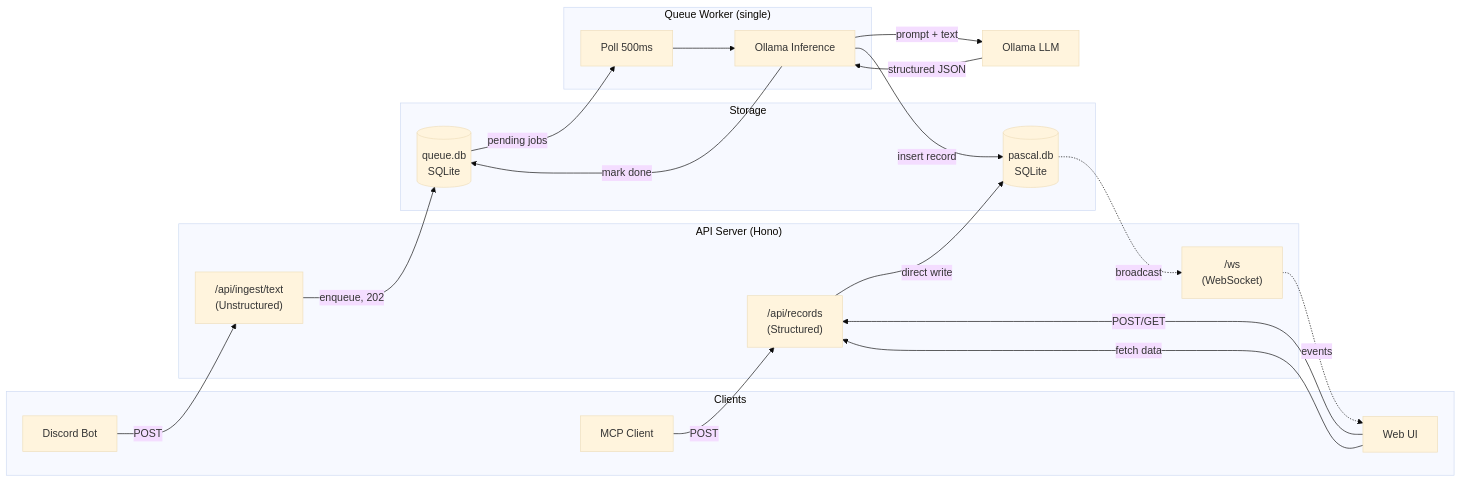
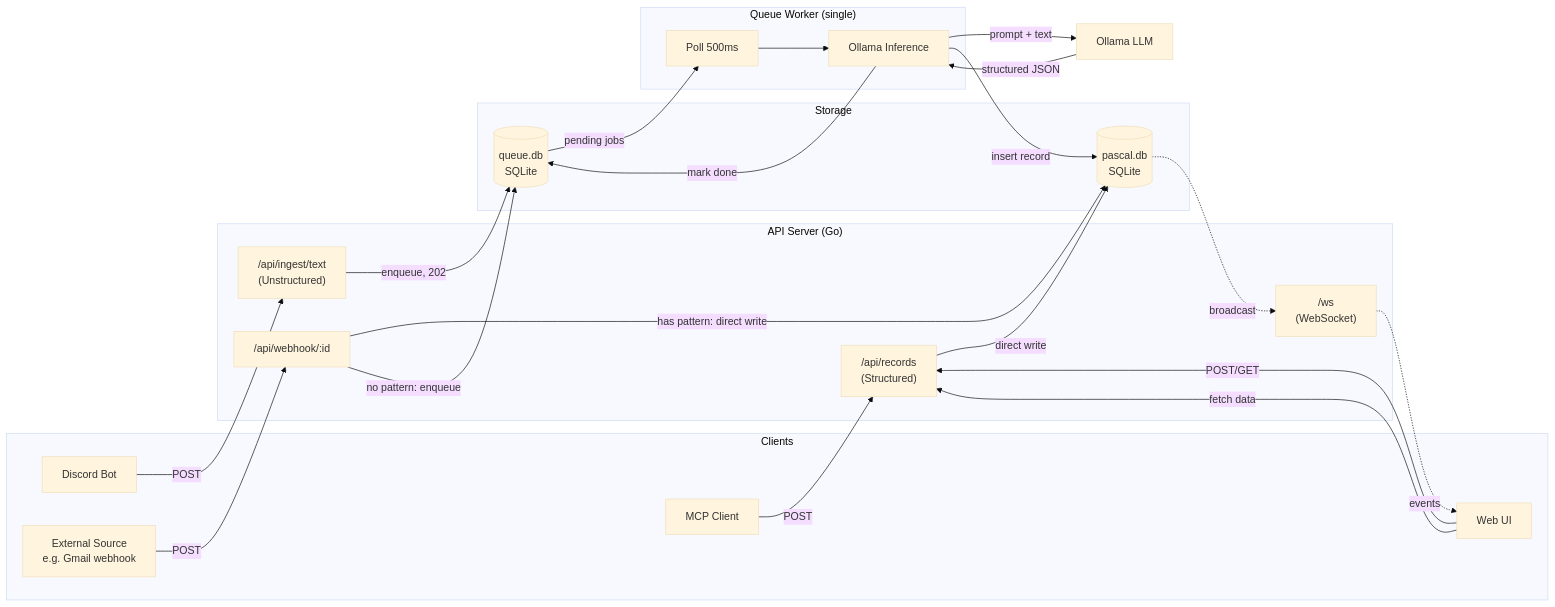
One commit to peatiscoding/pascal changed the diagram in analysis.md. Above: the diagram before and after it, drawn with Mermaid (base theme). The commit also changed other lines of this file and 4 other files, not shown here.

````diff
--- a/analysis.md
+++ b/analysis.md
@@ -116,48 +116,55 @@
 ```mermaid
 flowchart LR
     subgraph Clients
         MCP[MCP Client]
         Web[Web UI]
         Bot[Discord Bot]
+        ExtWH[External Source\ne.g. Gmail webhook]
     end
 
-    subgraph Server["API Server (Hono)"]
+    subgraph Server["API Server (Go)"]
         Structured["/api/records\n(Structured)"]
         Unstructured["/api/ingest/text\n(Unstructured)"]
+        Webhook["/api/webhook/:id"]
         WS["/ws\n(WebSocket)"]
     end
 
     subgraph Storage
         PascalDB[(pascal.db\nSQLite)]
         QueueDB[(queue.db\nSQLite)]
     end
 
     subgraph Worker["Queue Worker (single)"]
         Poll[Poll 500ms]
         Infer[Ollama Inference]
     end
 
     Ollama[Ollama LLM]
 
     %% Structured path — direct write
     MCP -->|POST| Structured
     Web -->|POST/GET| Structured
     Structured -->|direct write| PascalDB
 
     %% Unstructured path — queued
     Bot -->|POST| Unstructured
     Unstructured -->|enqueue, 202| QueueDB
 
+    %% Webhook path — pattern match or queue
+    ExtWH -->|POST| Webhook
+    Webhook -->|has pattern: direct write| PascalDB
+    Webhook -->|no pattern: enqueue| QueueDB
+
     %% Worker processes queue
     QueueDB -->|pending jobs| Poll
     Poll --> Infer
     Infer -->|prompt + text| Ollama
     Ollama -->|structured JSON| Infer
     Infer -->|insert record| PascalDB
     Infer -->|mark done| QueueDB
 
     %% Real-time updates
     PascalDB -.->|broadcast| WS
     WS -.->|events| Web
     Web -->|fetch data| Structured
 ```
````
